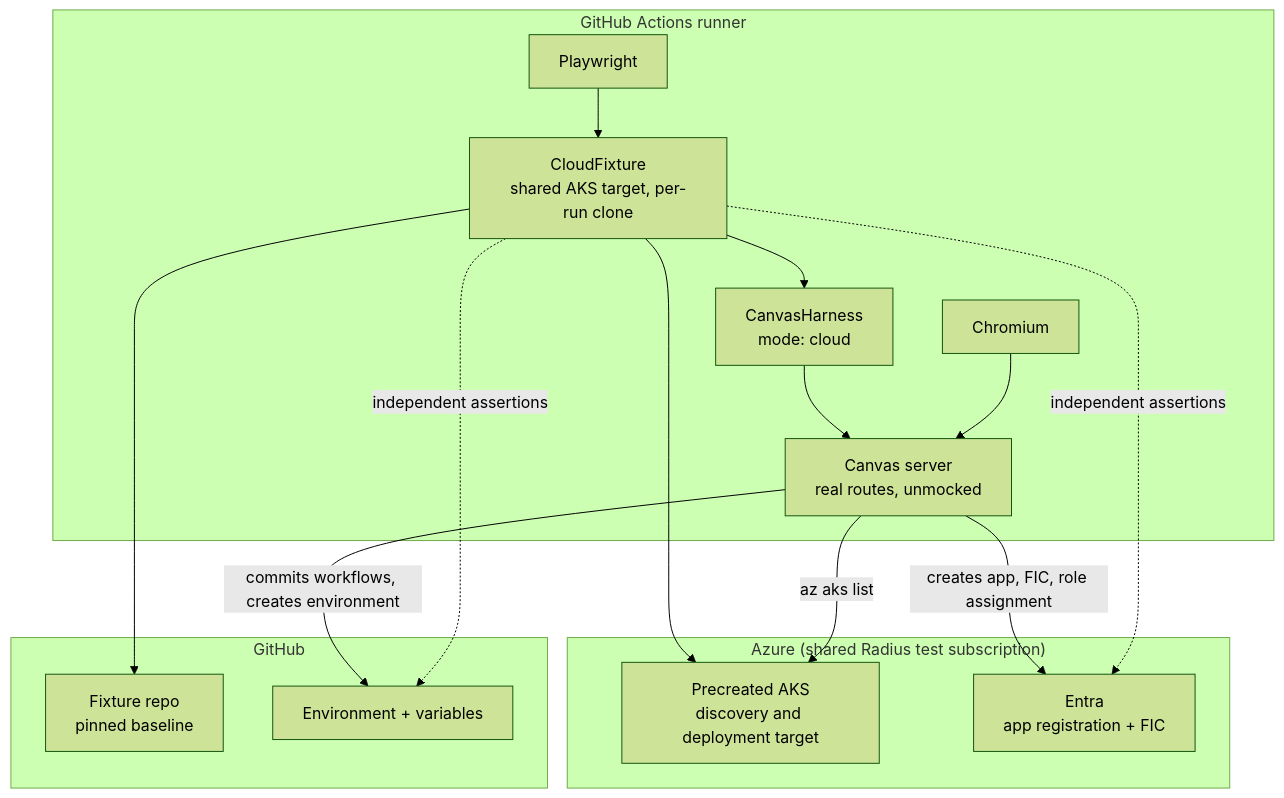
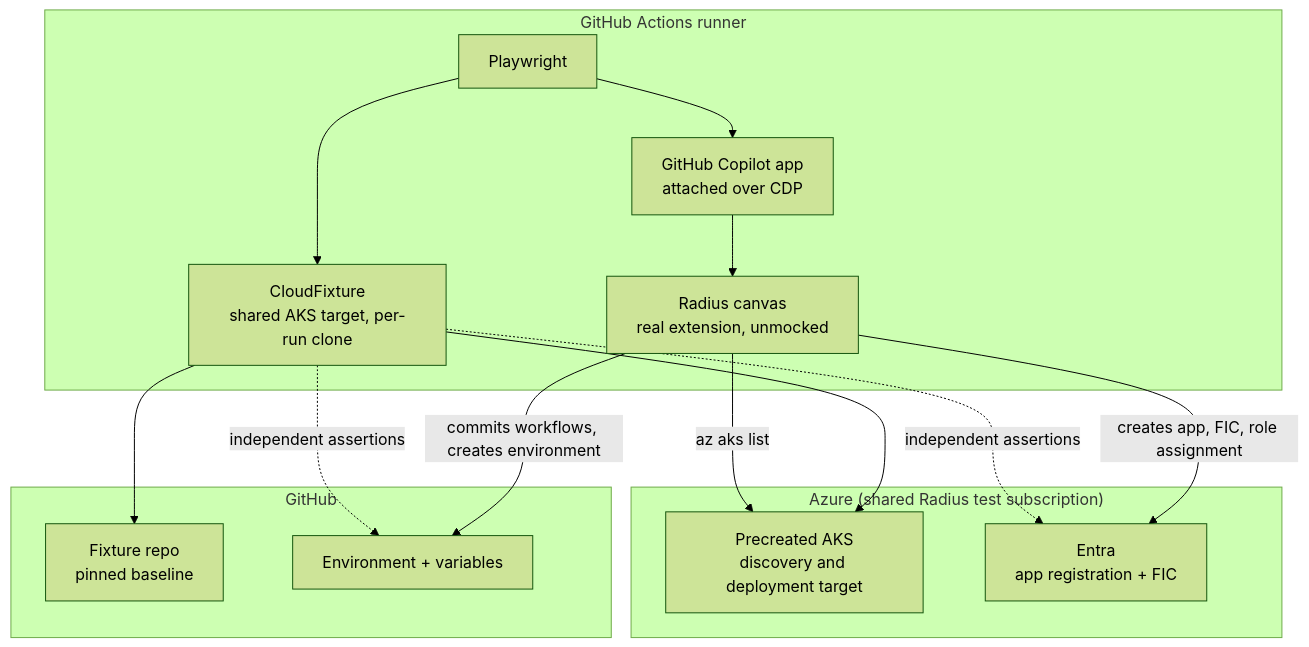
One commit to radius-project/ai-extensions changed the diagram in docs/design/2026-08-cloud-e2e-environment-lifecycle.md. Above: the diagram before and after it, drawn with Mermaid (forest theme). The commit also changed other lines of this file and 16 other files, not shown here.

First line of the commit message:
test(cloud-e2e): drive the cloud e2e suite through the GitHub Copilot app

````diff
--- a/docs/design/2026-08-cloud-e2e-environment-lifecycle.md
+++ b/docs/design/2026-08-cloud-e2e-environment-lifecycle.md
@@ -116,27 +118,26 @@
 ```mermaid
 graph TD
   subgraph runner["GitHub Actions runner"]
     PW["Playwright"] --> CF["CloudFixture<br/>shared AKS target, per-run clone"]
-    CF --> CH["CanvasHarness<br/>mode: cloud"]
-    CH --> SRV["Canvas server<br/>real routes, unmocked"]
-    BR["Chromium"] --> SRV
+    PW --> APP["GitHub Copilot app<br/>attached over CDP"]
+    APP --> SRV["Radius canvas<br/>real extension, unmocked"]
   end
 
   subgraph azure["Azure (shared Radius test subscription)"]
     AKS["Precreated AKS<br/>discovery and deployment target"]
     ENTRA["Entra<br/>app registration + FIC"]
   end
 
   subgraph github["GitHub"]
     FIX["Fixture repo<br/>pinned baseline"]
     ENV["Environment + variables"]
   end
 
   CF --> AKS
   CF --> FIX
   SRV -->|creates app, FIC, role assignment| ENTRA
   SRV -->|commits workflows, creates environment| ENV
   SRV -->|az aks list| AKS
   CF -.->|independent assertions| ENTRA
   CF -.->|independent assertions| ENV
 ```
````
